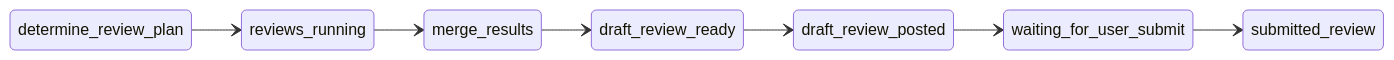
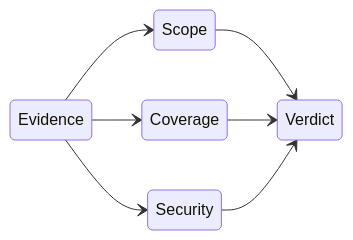
The second of 2 diagrams in docs/presentations/applied-dev-loops-presentation.md (mfittko/dev-loops), drawn with Mermaid before and after one commit. The commit also changed other lines of this file and 6 other files, not shown here.

````diff
--- a/docs/presentations/applied-dev-loops-presentation.md
+++ b/docs/presentations/applied-dev-loops-presentation.md
@@ -136,10 +110,10 @@
 ```mermaid {scale: 0.6}
 stateDiagram-v2
   direction LR
-  determine_review_plan --> reviews_running
-  reviews_running --> merge_results
-  merge_results --> draft_review_ready
-  draft_review_ready --> draft_review_posted
-  draft_review_posted --> waiting_for_user_submit
-  waiting_for_user_submit --> submitted_review
+  Evidence --> Scope
+  Evidence --> Coverage
+  Evidence --> Security
+  Scope --> Verdict
+  Coverage --> Verdict
+  Security --> Verdict
 ```
````
